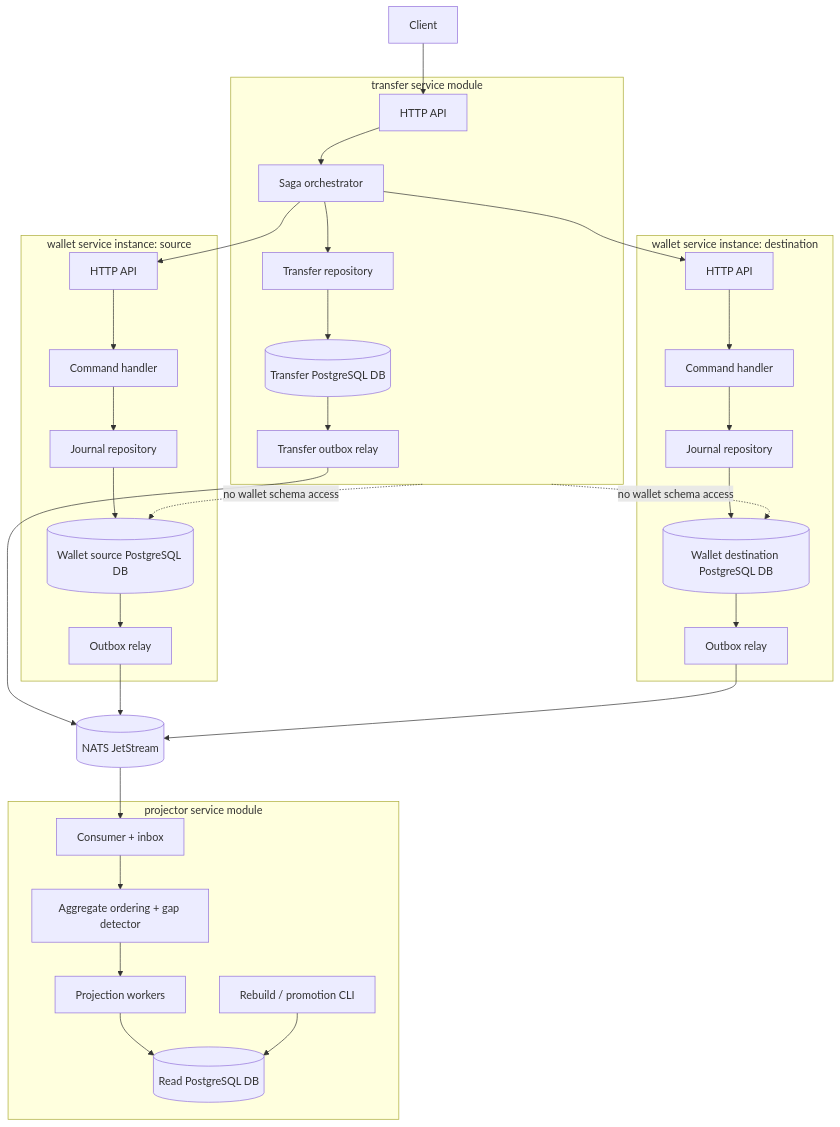
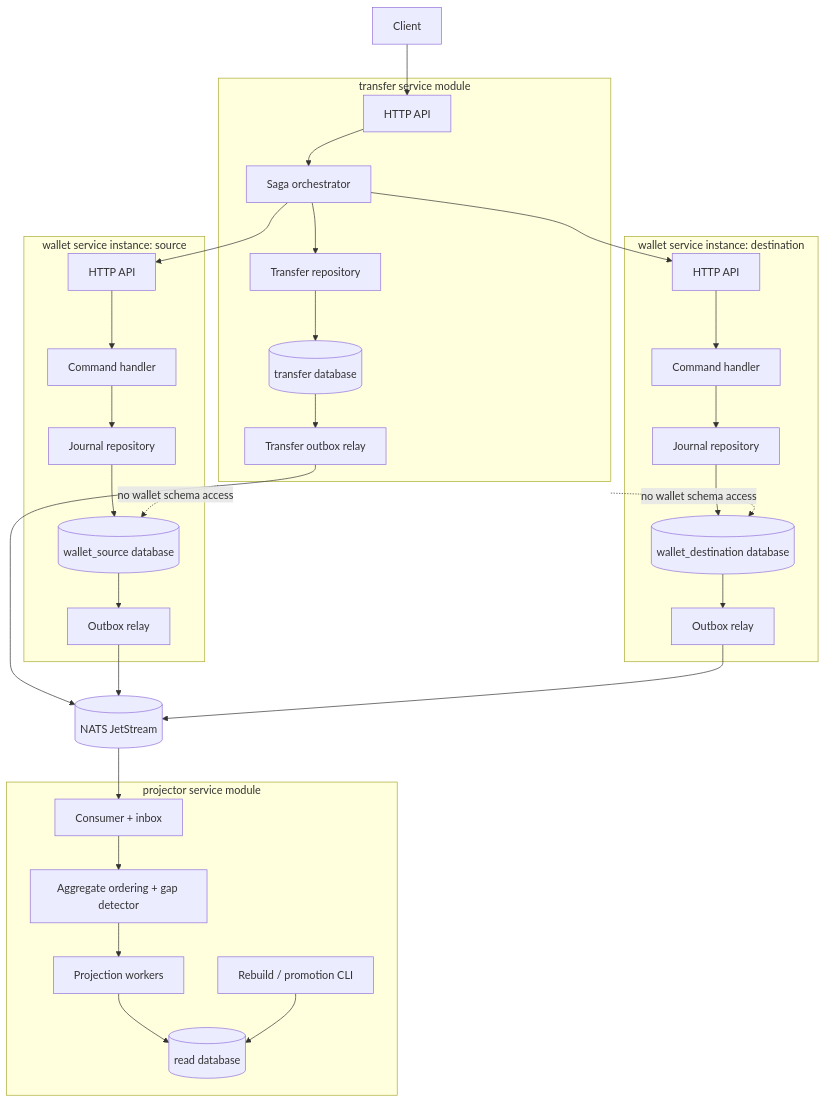
One commit to prajexec/Wallet changed the second of 2 diagrams in docs/architecture.md. Above: the diagram before and after it, drawn with Mermaid. The commit also changed other lines of this file and 7 other files, not shown here.

````diff
--- a/docs/architecture.md
+++ b/docs/architecture.md
@@ -32,49 +32,49 @@
 ```mermaid
 flowchart TB
     Caller[Client]
     subgraph TransferService[transfer service module]
         TransferAPI[HTTP API]
         Saga[Saga orchestrator]
         TransferRepo[Transfer repository]
         TransferOutbox[Transfer outbox relay]
-        TransferDB[(Transfer PostgreSQL DB)]
+        TransferDB[(transfer database)]
     end
     subgraph WalletSource[wallet service instance: source]
         SourceAPI[HTTP API]
         SourceCommand[Command handler]
         SourceJournal[Journal repository]
         SourceOutbox[Outbox relay]
-        SourceDB[(Wallet source PostgreSQL DB)]
+        SourceDB[(wallet_source database)]
     end
     subgraph WalletDestination[wallet service instance: destination]
         DestinationAPI[HTTP API]
         DestinationCommand[Command handler]
         DestinationJournal[Journal repository]
         DestinationOutbox[Outbox relay]
-        DestinationDB[(Wallet destination PostgreSQL DB)]
+        DestinationDB[(wallet_destination database)]
     end
     NATS[(NATS JetStream)]
     subgraph ProjectorService[projector service module]
         Consumer[Consumer + inbox]
         Ordering[Aggregate ordering + gap detector]
         Projector[Projection workers]
         Rebuilder[Rebuild / promotion CLI]
-        ReadDB[(Read PostgreSQL DB)]
+        ReadDB[(read database)]
     end
 
     Caller --> TransferAPI
     TransferAPI --> Saga
     Saga --> TransferRepo --> TransferDB
     Saga --> SourceAPI
     Saga --> DestinationAPI
     TransferDB --> TransferOutbox --> NATS
     SourceAPI --> SourceCommand --> SourceJournal --> SourceDB
     SourceDB --> SourceOutbox --> NATS
     DestinationAPI --> DestinationCommand --> DestinationJournal --> DestinationDB
     DestinationDB --> DestinationOutbox --> NATS
     NATS --> Consumer --> Ordering --> Projector --> ReadDB
     Rebuilder --> ReadDB
 
     TransferService -. no wallet schema access .-> SourceDB
     TransferService -. no wallet schema access .-> DestinationDB
 ```
````
